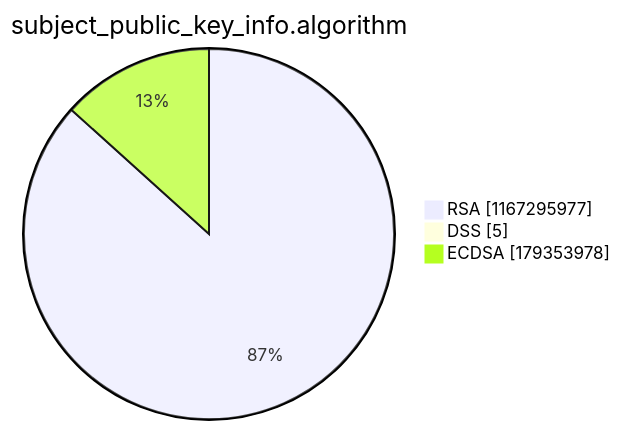
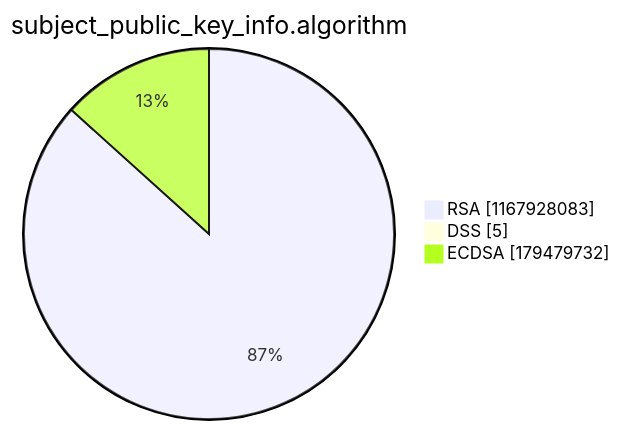
The third of 15 diagrams in argon2022/README.md (christiankrug/ctmonitor_visualization), drawn with Mermaid before and after one commit. The commit also changed other lines of this file, not shown here.

````diff
--- a/argon2022/README.md
+++ b/argon2022/README.md
@@ -14,7 +14,7 @@
 ```mermaid
 pie showData
 title subject_public_key_info.algorithm
-"RSA" :1167295977
+"RSA" :1167928083
 "DSS" :5
-"ECDSA" :179353978
+"ECDSA" :179479732
 ```
````
